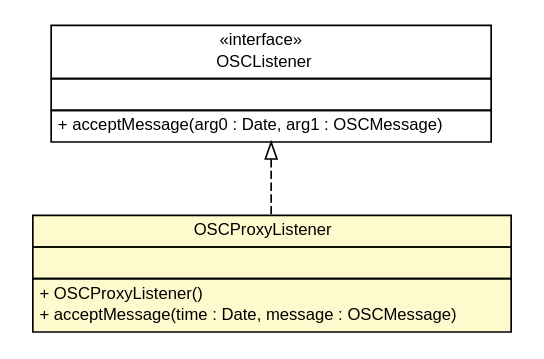
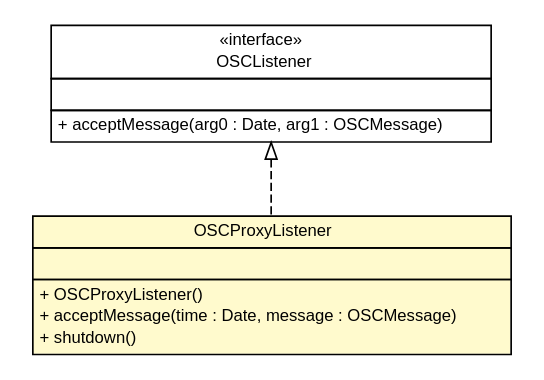
The diagram in apidocs/com/xley/lfosc/impl/OSCProxyListener.dot (pcross616/lf-osc-proxy), drawn with Graphviz before and after one commit. The commit also changed 113 other files, not shown here.

```diff
--- a/apidocs/com/xley/lfosc/impl/OSCProxyListener.dot
+++ b/apidocs/com/xley/lfosc/impl/OSCProxyListener.dot
@@ -1,40 +1,41 @@
 #!/usr/local/bin/dot
 #
 # Class diagram 
 # Generated by UMLGraph version R5_6 (http://www.umlgraph.org/)
 #
 
 digraph G {
 	edge [fontname="Helvetica",fontsize=10,labelfontname="Helvetica",labelfontsize=10];
 	node [fontname="Helvetica",fontsize=10,shape=plaintext];
 	nodesep=0.25;
 	ranksep=0.5;
 	// com.xley.lfosc.impl.OSCProxyListener
-	c46 [label=<<table title="com.xley.lfosc.impl.OSCProxyListener" border="0" cellborder="1" cellspacing="0" cellpadding="2" port="p" bgcolor="lemonChiffon" href="./OSCProxyListener.html">
+	c72 [label=<<table title="com.xley.lfosc.impl.OSCProxyListener" border="0" cellborder="1" cellspacing="0" cellpadding="2" port="p" bgcolor="lemonChiffon" href="./OSCProxyListener.html">
 		<tr><td><table border="0" cellspacing="0" cellpadding="1">
 <tr><td align="center" balign="center"> OSCProxyListener </td></tr>
 		</table></td></tr>
 		<tr><td><table border="0" cellspacing="0" cellpadding="1">
 <tr><td align="left" balign="left">  </td></tr>
 		</table></td></tr>
 		<tr><td><table border="0" cellspacing="0" cellpadding="1">
 <tr><td align="left" balign="left"> + OSCProxyListener() </td></tr>
 <tr><td align="left" balign="left"> + acceptMessage(time : Date, message : OSCMessage) </td></tr>
+<tr><td align="left" balign="left"> + shutdown() </td></tr>
 		</table></td></tr>
 		</table>>, URL="./OSCProxyListener.html", fontname="Helvetica", fontcolor="black", fontsize=10.0];
 	//com.xley.lfosc.impl.OSCProxyListener implements com.illposed.osc.OSCListener
-	c52:p -> c46:p [dir=back,arrowtail=empty,style=dashed];
+	c75:p -> c72:p [dir=back,arrowtail=empty,style=dashed];
 	// com.illposed.osc.OSCListener
-	c52 [label=<<table title="com.illposed.osc.OSCListener" border="0" cellborder="1" cellspacing="0" cellpadding="2" port="p" href="http://java.sun.com/j2se/1.4.2/docs/api/com/illposed/osc/OSCListener.html">
+	c75 [label=<<table title="com.illposed.osc.OSCListener" border="0" cellborder="1" cellspacing="0" cellpadding="2" port="p" href="http://java.sun.com/j2se/1.4.2/docs/api/com/illposed/osc/OSCListener.html">
 		<tr><td><table border="0" cellspacing="0" cellpadding="1">
 <tr><td align="center" balign="center"> &#171;interface&#187; </td></tr>
 <tr><td align="center" balign="center"> OSCListener </td></tr>
 		</table></td></tr>
 		<tr><td><table border="0" cellspacing="0" cellpadding="1">
 <tr><td align="left" balign="left">  </td></tr>
 		</table></td></tr>
 		<tr><td><table border="0" cellspacing="0" cellpadding="1">
 <tr><td align="left" balign="left"> + acceptMessage(arg0 : Date, arg1 : OSCMessage) </td></tr>
 		</table></td></tr>
 		</table>>, URL="http://java.sun.com/j2se/1.4.2/docs/api/com/illposed/osc/OSCListener.html", fontname="Helvetica", fontcolor="black", fontsize=10.0];
 }
```
